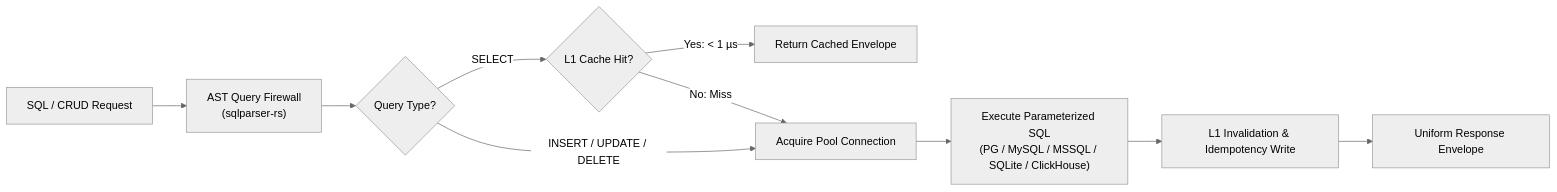
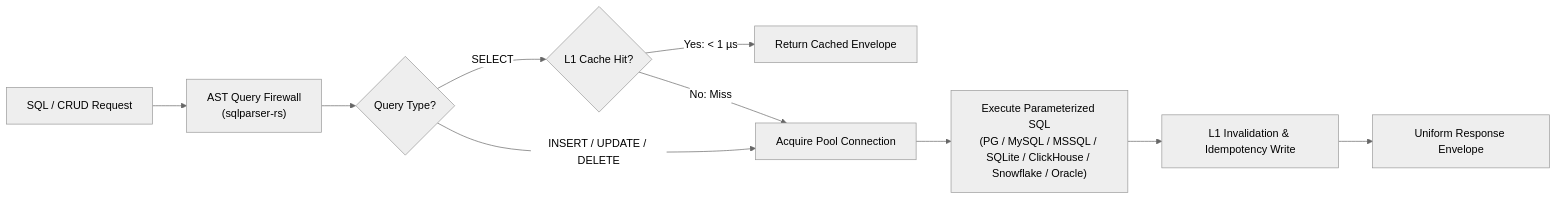
One commit to toxichome-whoami/axiom changed the second of 4 diagrams in README.md. Above: the diagram before and after it, drawn with Mermaid (neutral theme). The commit also changed other lines of this file and 10 other files, not shown here.

First line of the commit message:
feat(engines): add support for Snowflake and Oracle database engines

````diff
--- a/README.md
+++ b/README.md
@@ -414,12 +420,12 @@
 ```mermaid
 flowchart LR
     A["SQL / CRUD Request"] --> B["AST Query Firewall<br/>(sqlparser-rs)"]
     B --> C{"Query Type?"}
     C -->|SELECT| D{"L1 Cache Hit?"}
     D -->|Yes: < 1 µs| E["Return Cached Envelope"]
     D -->|No: Miss| F["Acquire Pool Connection"]
     C -->|INSERT / UPDATE / DELETE| F
-    F --> G["Execute Parameterized SQL<br/>(PG / MySQL / MSSQL / SQLite / ClickHouse)"]
+    F --> G["Execute Parameterized SQL<br/>(PG / MySQL / MSSQL / SQLite / ClickHouse / Snowflake / Oracle)"]
     G --> H["L1 Invalidation & Idempotency Write"]
     H --> I["Uniform Response Envelope"]
 ```
````
